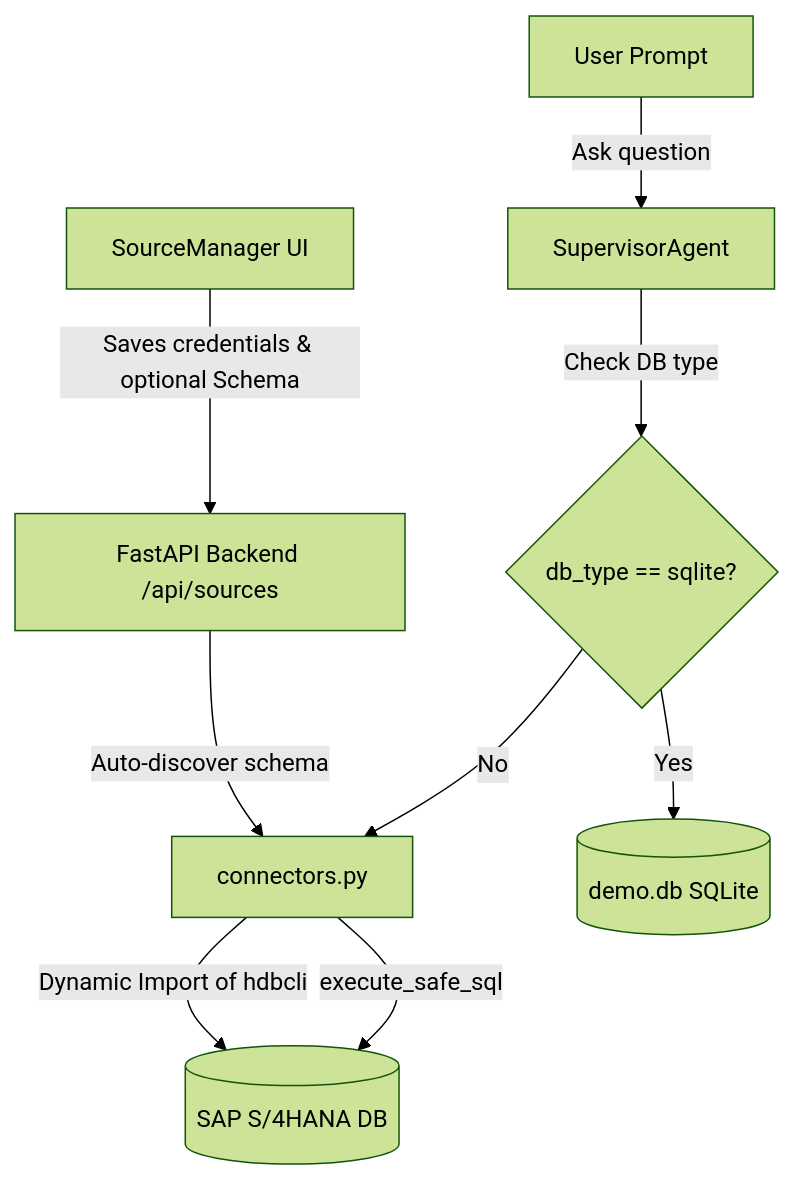
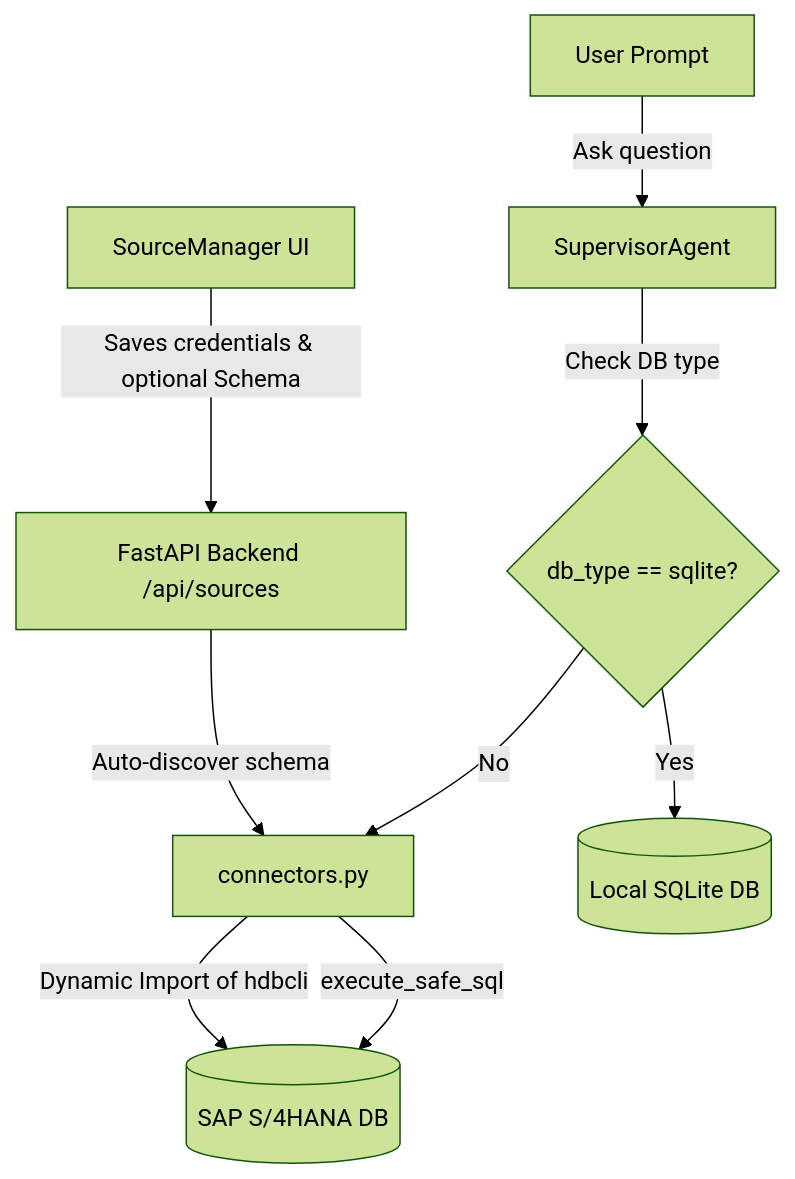
Before and after one commit to safagoek/BI_chatbot: the diagram in walkthrough.md, drawn with Mermaid (forest theme). The commit also changed 18 other files, not shown here.

````diff
--- a/walkthrough.md
+++ b/walkthrough.md
@@ -13,12 +13,12 @@
 ```mermaid
 graph TD
     UI[SourceManager UI] -->|Saves credentials & optional Schema| BackendAPI[FastAPI Backend /api/sources]
     BackendAPI -->|Auto-discover schema| Connectors[connectors.py]
     Connectors -->|Dynamic Import of hdbcli| SAPHANA[(SAP S/4HANA DB)]
     
     User[User Prompt] -->|Ask question| Supervisor[SupervisorAgent]
     Supervisor -->|Check DB type| Route{db_type == sqlite?}
-    Route -->|Yes| LocalSQLite[(demo.db SQLite)]
+    Route -->|Yes| LocalSQLite[(Local SQLite DB)]
     Route -->|No| Connectors
     Connectors -->|execute_safe_sql| SAPHANA
 ```
````
